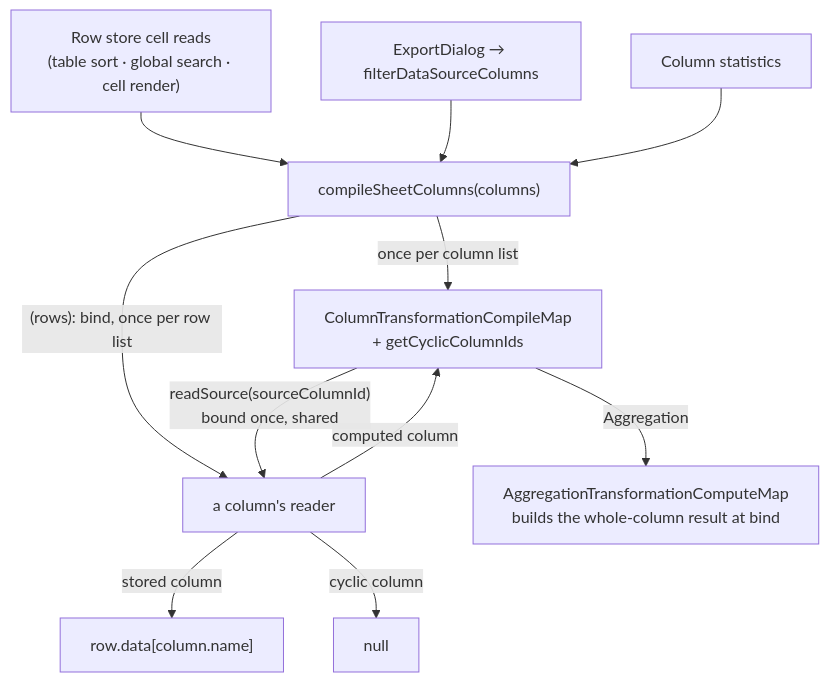
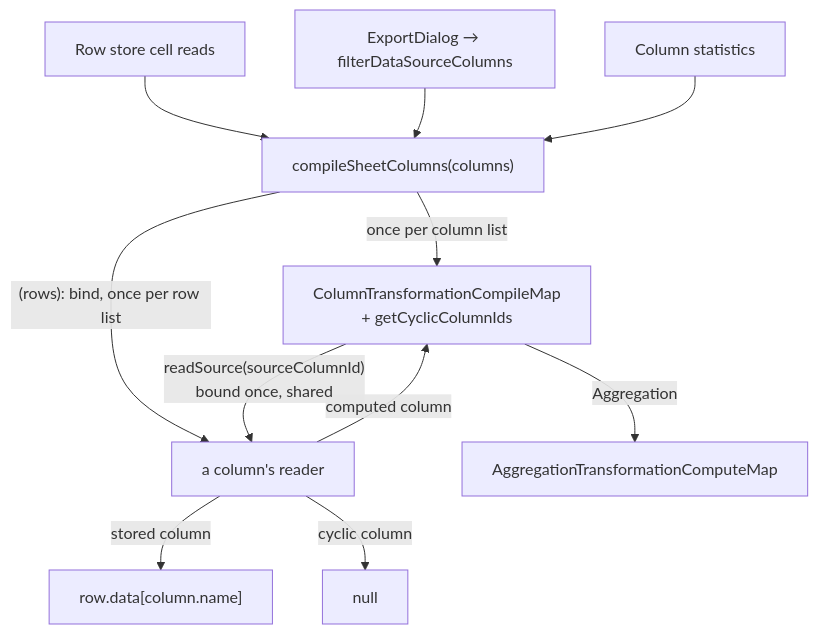
Before and after one commit to Esposter/Esposter: the diagram in openspec/specs/resource/sheet/computed-columns/design.md, drawn with Mermaid. The commit also changed other lines of this file and 13 other files, not shown here.

````diff
--- a/openspec/specs/resource/sheet/computed-columns/design.md
+++ b/openspec/specs/resource/sheet/computed-columns/design.md
@@ -19,13 +19,13 @@
 ```mermaid
 flowchart TD
-  headers["Row store cell reads<br/>(table sort · global search · cell render)"] --> compile
+  headers["Row store cell reads"] --> compile
   export["ExportDialog → filterDataSourceColumns"] --> compile
   stats["Column statistics"] --> compile
   compile["compileSheetColumns(columns)"] -->|"once per column list"| CM["ColumnTransformationCompileMap<br/>+ getCyclicColumnIds"]
   compile -->|"(rows): bind, once per row list"| bind["a column's reader"]
   bind -->|"stored column"| raw["row.data[column.name]"]
   bind -->|"cyclic column"| cyc["null"]
   bind -->|"computed column"| CM
   CM -->|"readSource(sourceColumnId)<br/>bound once, shared"| bind
-  CM -->|"Aggregation"| agg["AggregationTransformationComputeMap<br/>builds the whole-column result at bind"]
+  CM -->|"Aggregation"| agg["AggregationTransformationComputeMap"]
 ```
````
